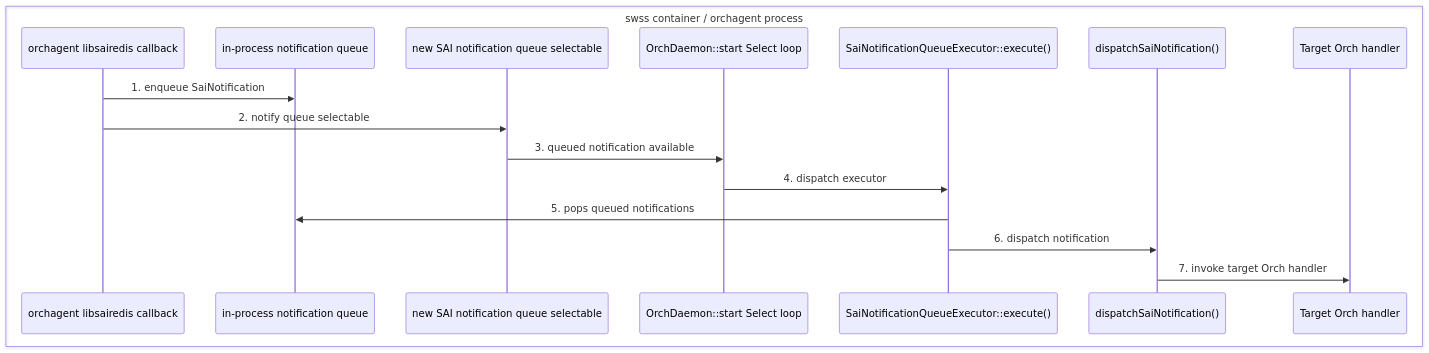
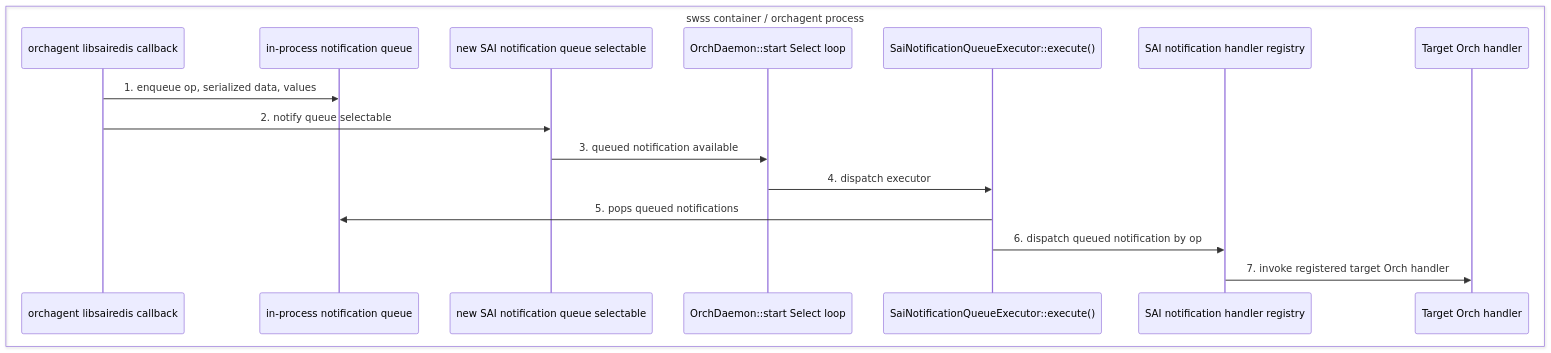
The seventh of 11 diagrams in hld/zmq-southbound-sai-notification-handling.md (sonic-net/sonic-buildimage), drawn with Mermaid before and after one commit. The commit also changed other lines of this file, not shown here.

First line of the commit message:
Update ZMQ SAI notification Option 3 HLD

````diff
--- a/hld/zmq-southbound-sai-notification-handling.md
+++ b/hld/zmq-southbound-sai-notification-handling.md
@@ -416,20 +410,20 @@
 ```mermaid
 sequenceDiagram
     box swss container / orchagent process
         participant Callback as orchagent libsairedis callback
         participant Queue as in-process notification queue
         participant Wakeup as new SAI notification queue selectable
         participant MainLoop as OrchDaemon::start Select loop
         participant Executor as SaiNotificationQueueExecutor::execute()
-        participant Dispatcher as dispatchSaiNotification()
+        participant Dispatcher as SAI notification handler registry
         participant Orch as Target Orch handler
     end
 
-    Callback->>Queue: 1. enqueue SaiNotification
+    Callback->>Queue: 1. enqueue op, serialized data, values
     Callback->>Wakeup: 2. notify queue selectable
     Wakeup->>MainLoop: 3. queued notification available
     MainLoop->>Executor: 4. dispatch executor
     Executor->>Queue: 5. pops queued notifications
-    Executor->>Dispatcher: 6. dispatch notification
-    Dispatcher->>Orch: 7. invoke target Orch handler
+    Executor->>Dispatcher: 6. dispatch queued notification by op
+    Dispatcher->>Orch: 7. invoke registered target Orch handler
 ```
````
